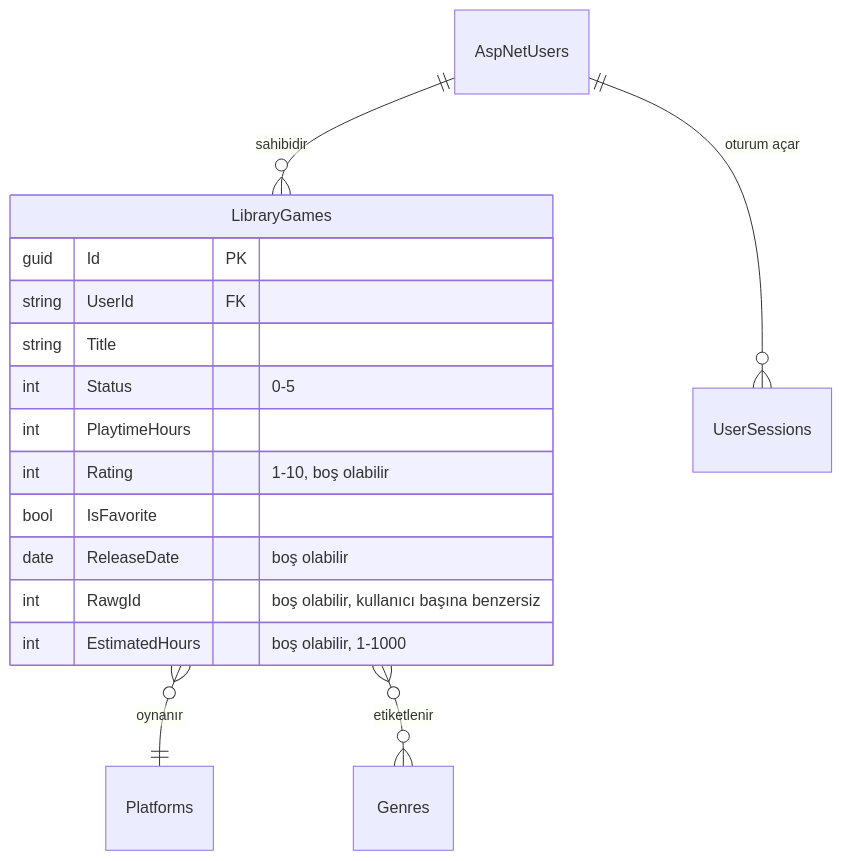
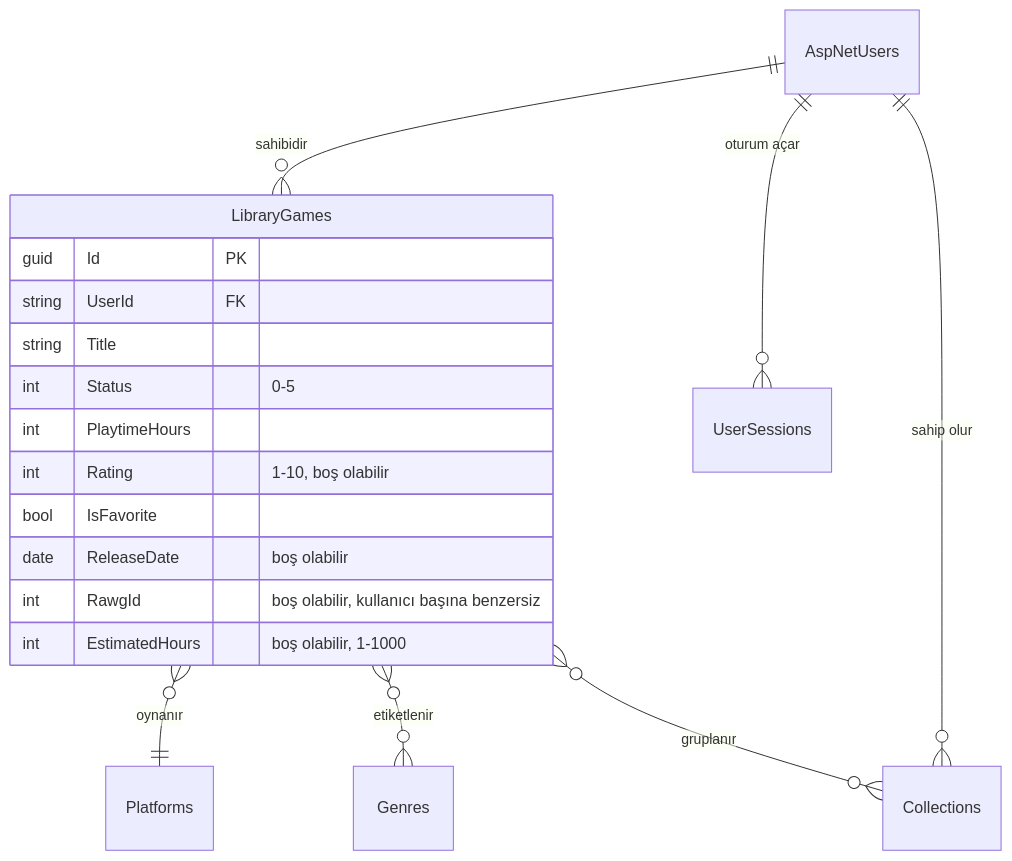
Before and after one commit to MertDas24/GameVault: the second of 2 diagrams in README.tr.md, drawn with Mermaid. The commit also changed other lines of this file and 35 other files, not shown here.

First line of the commit message:
feat: add personal collections for grouping games

````diff
--- a/README.tr.md
+++ b/README.tr.md
@@ -142,20 +143,22 @@
 ```mermaid
 erDiagram
     AspNetUsers ||--o{ LibraryGames : "sahibidir"
     AspNetUsers ||--o{ UserSessions : "oturum açar"
     LibraryGames }o--|| Platforms : "oynanır"
     LibraryGames }o--o{ Genres : "etiketlenir"
+    AspNetUsers ||--o{ Collections : "sahip olur"
+    LibraryGames }o--o{ Collections : "gruplanır"
 
     LibraryGames {
         guid Id PK
         string UserId FK
         string Title
         int Status "0-5"
         int PlaytimeHours
         int Rating "1-10, boş olabilir"
         bool IsFavorite
         date ReleaseDate "boş olabilir"
         int RawgId "boş olabilir, kullanıcı başına benzersiz"
         int EstimatedHours "boş olabilir, 1-1000"
     }
 ```
````
